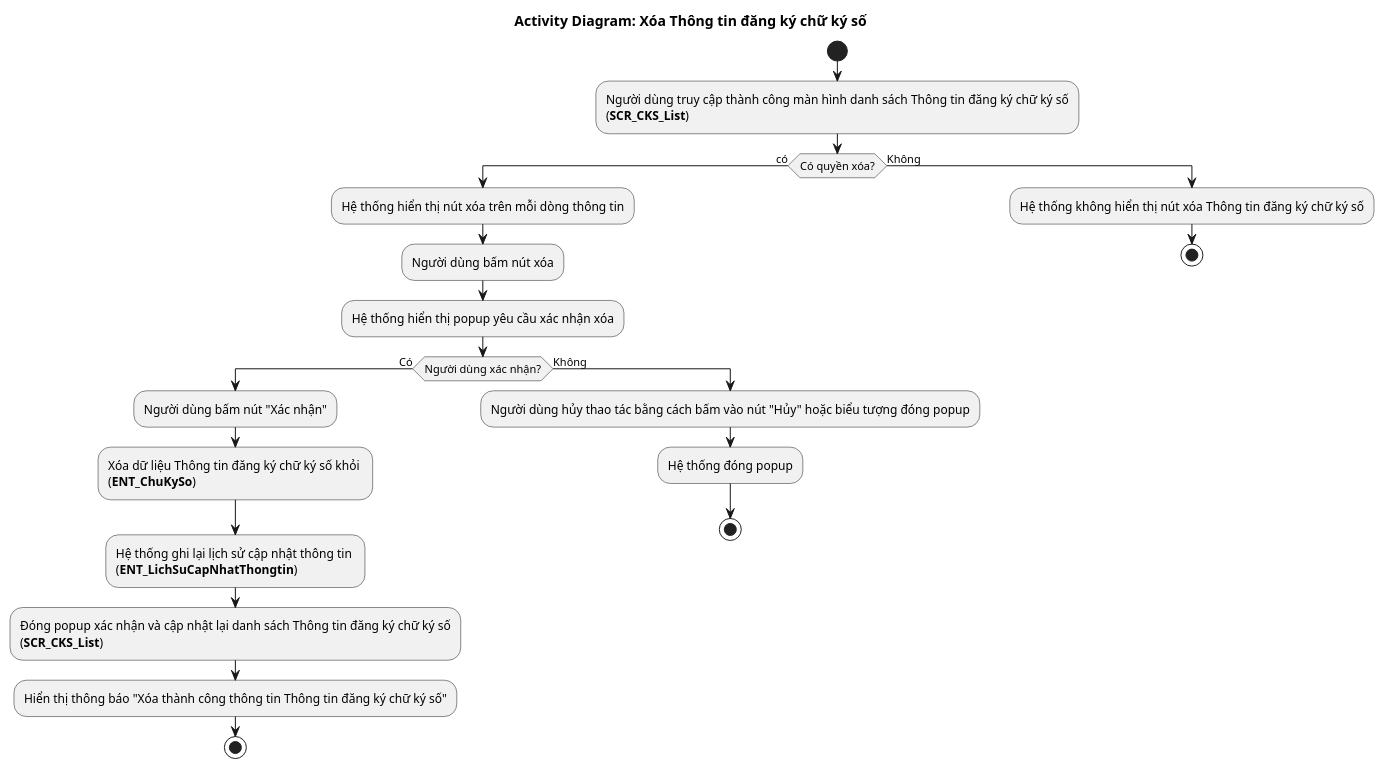
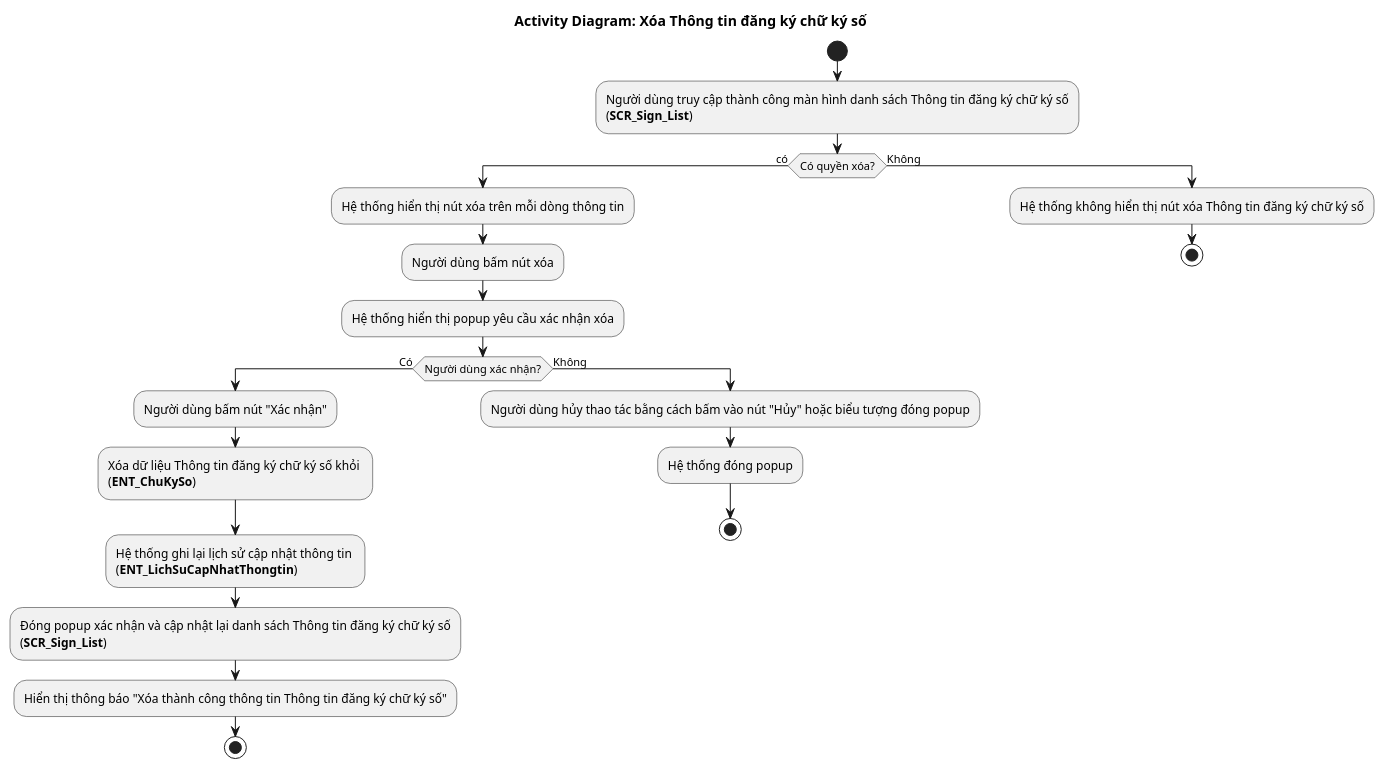
Before and after one commit to phuongpm23/nds-docs-test: the diagram in Quản lý công chứng viên/4.usecases/ChuKySo/Xoa/AD_Sign_Delete.puml, drawn with PlantUML. The commit also changed 45 other files, not shown here.

```diff
--- a/Quản lý công chứng viên/4.usecases/ChuKySo/Xoa/AD_Sign_Delete.puml
+++ b/Quản lý công chứng viên/4.usecases/ChuKySo/Xoa/AD_Sign_Delete.puml
@@ -1,26 +1,26 @@
-@startuml AD_CKS_Detail
+@startuml AD_Sign_Detail
 !pragma layout smetana
 title Activity Diagram: Xóa Thông tin đăng ký chữ ký số
 
 start
-:Người dùng truy cập thành công màn hình danh sách Thông tin đăng ký chữ ký số\n(**SCR_CKS_List**);
+:Người dùng truy cập thành công màn hình danh sách Thông tin đăng ký chữ ký số\n(**SCR_Sign_List**);
 if (Có quyền xóa?) then (có)
 :Hệ thống hiển thị nút xóa trên mỗi dòng thông tin;
 :Người dùng bấm nút xóa;
 :Hệ thống hiển thị popup yêu cầu xác nhận xóa;
 if (Người dùng xác nhận?) then (Có)
   :Người dùng bấm nút "Xác nhận";
     :Xóa dữ liệu Thông tin đăng ký chữ ký số khỏi \n(**ENT_ChuKySo**);
     :Hệ thống ghi lại lịch sử cập nhật thông tin \n(**ENT_LichSuCapNhatThongtin**);
-    :Đóng popup xác nhận và cập nhật lại danh sách Thông tin đăng ký chữ ký số\n(**SCR_CKS_List**);
+    :Đóng popup xác nhận và cập nhật lại danh sách Thông tin đăng ký chữ ký số\n(**SCR_Sign_List**);
     :Hiển thị thông báo "Xóa thành công thông tin Thông tin đăng ký chữ ký số";
     stop
 else (Không)
   :Người dùng hủy thao tác bằng cách bấm vào nút "Hủy" hoặc biểu tượng đóng popup;
   :Hệ thống đóng popup;
   stop
 endif
 else (Không)
 :Hệ thống không hiển thị nút xóa Thông tin đăng ký chữ ký số;
 stop
 @enduml
```
